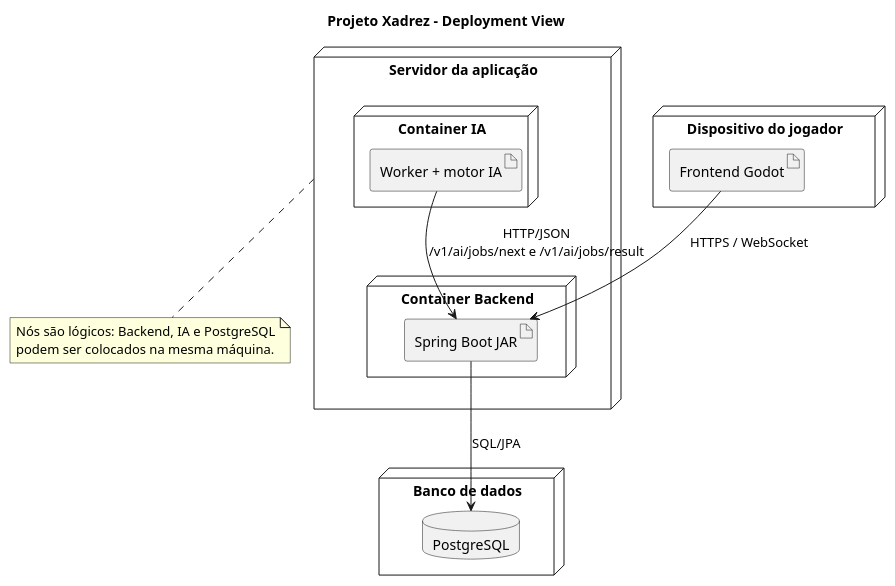
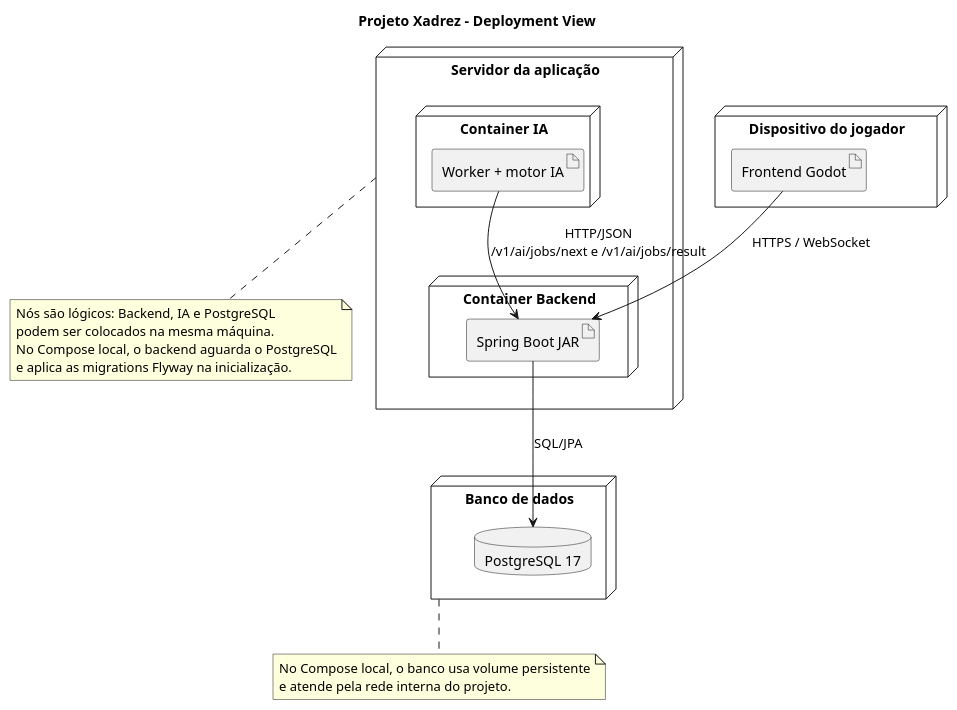
Before and after one commit to brenomega/chess-backend: the diagram in docs/architecture/diagrams/deployment.puml, drawn with PlantUML. The commit also changed 7 other files, not shown here.

```diff
--- a/docs/architecture/diagrams/deployment.puml
+++ b/docs/architecture/diagrams/deployment.puml
@@ -1,29 +1,36 @@
 @startuml
 title Projeto Xadrez - Deployment View
 
 node "Dispositivo do jogador" as client {
   artifact "Frontend Godot" as frontend
 }
 
 node "Servidor da aplicação" as apphost {
   node "Container Backend" as backend {
     artifact "Spring Boot JAR" as jar
   }
   node "Container IA" as aicontainer {
     artifact "Worker + motor IA" as ai
   }
 }
 
 node "Banco de dados" as dbhost {
-  database "PostgreSQL" as db
+  database "PostgreSQL 17" as db
 }
 
 frontend --> jar : HTTPS / WebSocket
 jar --> db : SQL/JPA
 ai --> jar : HTTP/JSON\n/v1/ai/jobs/next e /v1/ai/jobs/result
 
 note bottom of apphost
 Nós são lógicos: Backend, IA e PostgreSQL
 podem ser colocados na mesma máquina.
+No Compose local, o backend aguarda o PostgreSQL
+e aplica as migrations Flyway na inicialização.
+end note
+
+note bottom of dbhost
+No Compose local, o banco usa volume persistente
+e atende pela rede interna do projeto.
 end note
 @enduml
```
